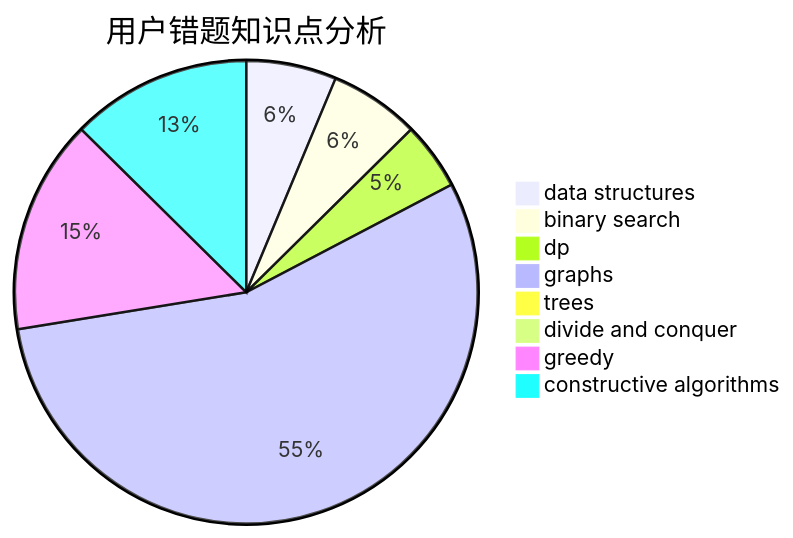
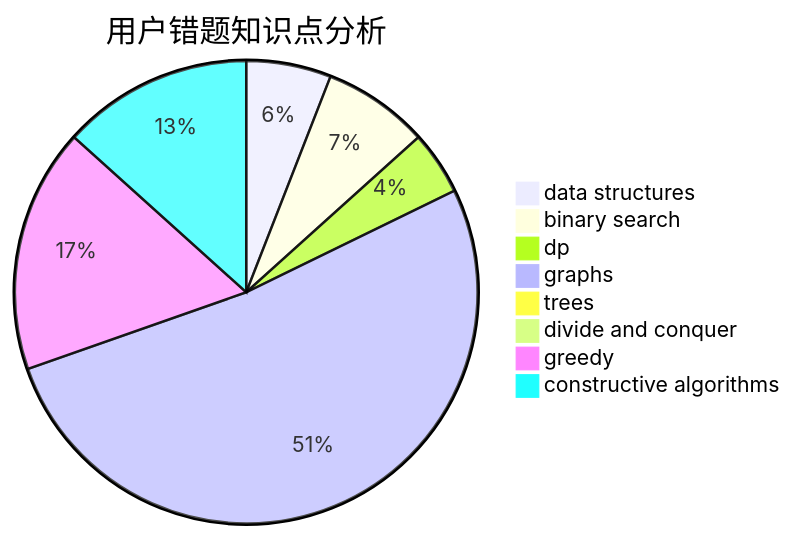
One commit to sherpahu/cfrs.github.io changed the third of 3 diagrams in docs/user/u225.md. Above: the diagram before and after it, drawn with Mermaid. The commit also changed other lines of this file and 2770 other files, not shown here.

````diff
--- a/docs/user/u225.md
+++ b/docs/user/u225.md
@@ -36,11 +36,11 @@
 ```mermaid
 pie title 用户错题知识点分析
     "data structures" :  8
-    "binary search" :  8
+    "binary search" :  10
     "dp" :  6
     "graphs" :  70
     "trees" :  0
     "divide and conquer" :  1
-    "greedy" :  19
-    "constructive algorithms" :  16
+    "greedy" :  23
+    "constructive algorithms" :  18
 ```
````
